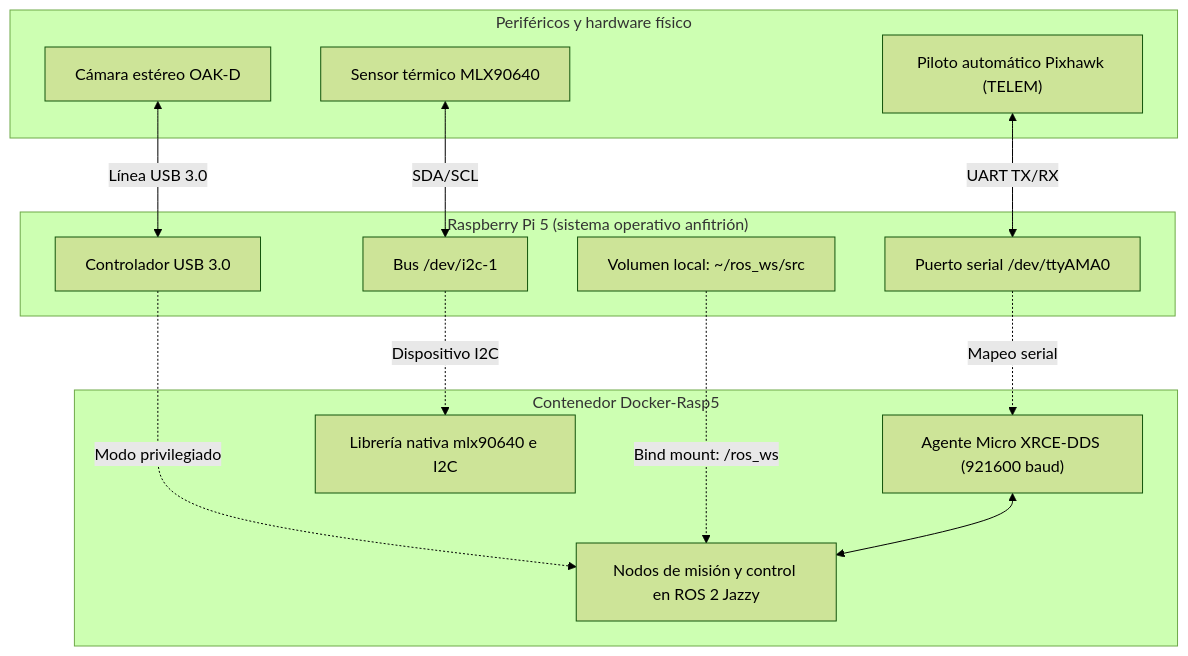
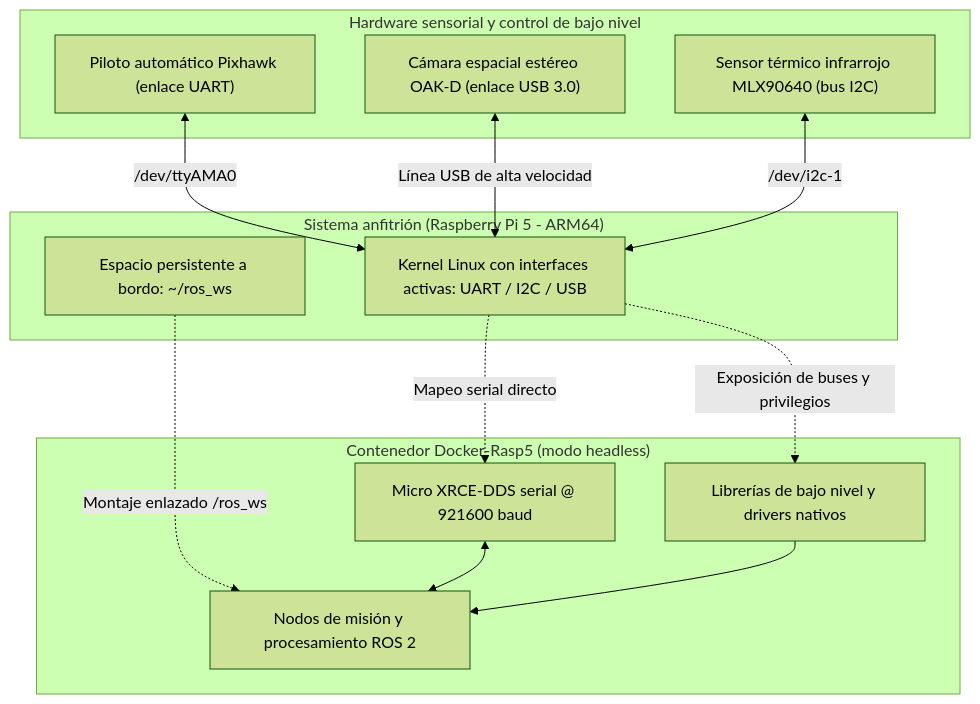
One commit to Dronkab-UNAQ/dronkab-docs changed the diagram in docs/onboarding/docker/entorno_docker_dron.md. Above: the diagram before and after it, drawn with Mermaid (forest theme). The commit also changed other lines of this file, not shown here.

First line of the commit message:
feat(docs): update documentation for Docker-Rasp5 environment

````diff
--- a/docs/onboarding/docker/entorno_docker_dron.md
+++ b/docs/onboarding/docker/entorno_docker_dron.md
@@ -5,31 +7,30 @@
 ```mermaid
 graph TD
-    subgraph Hardware["Periféricos y hardware físico"]
-        Pixhawk["Piloto automático Pixhawk (TELEM)"]
-        Thermal["Sensor térmico MLX90640"]
-        Oak["Cámara estéreo OAK-D"]
+    subgraph Sensores["Hardware sensorial y control de bajo nivel"]
+        FMU["Piloto automático Pixhawk (enlace UART)"]
+        CamEst["Cámara espacial estéreo OAK-D (enlace USB 3.0)"]
+        Termico["Sensor térmico infrarrojo MLX90640 (bus I2C)"]
     end
 
-    subgraph HostRPi["Raspberry Pi 5 (sistema operativo anfitrión)"]
-        UART_Dev["Puerto serial /dev/ttyAMA0"]
-        I2C_Dev["Bus /dev/i2c-1"]
-        USB_Dev["Controlador USB 3.0"]
-        WS_Host["Volumen local: ~/ros_ws/src"]
+    subgraph HostRPi["Sistema anfitrión (Raspberry Pi 5 - ARM64)"]
+        Kernel["Kernel Linux con interfaces activas: UART / I2C / USB"]
+        WS_Host["Espacio persistente a bordo: ~/ros_ws"]
     end
 
-    subgraph ContainerRPi["Contenedor Docker-Rasp5"]
-        XRCE["Agente Micro XRCE-DDS (921600 baud)"]
-        Drivers["Librería nativa mlx90640 e I2C"]
-        ROS_Nodes["Nodos de misión y control en ROS 2 Jazzy"]
+    subgraph Contenedor["Contenedor Docker-Rasp5 (modo headless)"]
+        BridgeUART["Micro XRCE-DDS serial @ 921600 baud"]
+        DriverSensors["Librerías de bajo nivel y drivers nativos"]
+        MisionNode["Nodos de misión y procesamiento ROS 2"]
     end
 
-    Pixhawk <-->|UART TX/RX| UART_Dev
-    Thermal <-->|SDA/SCL| I2C_Dev
-    Oak <-->|Línea USB 3.0| USB_Dev
+    FMU <-->|/dev/ttyAMA0| Kernel
+    CamEst <-->|Línea USB de alta velocidad| Kernel
+    Termico <-->|/dev/i2c-1| Kernel
 
-    UART_Dev -.->|Mapeo serial| XRCE
-    I2C_Dev -.->|Dispositivo I2C| Drivers
-    USB_Dev -.->|Modo privilegiado| ROS_Nodes
-    WS_Host -.->|Bind mount: /ros_ws| ROS_Nodes
-    XRCE <--> ROS_Nodes
+    Kernel -.->|Exposición de buses y privilegios| DriverSensors
+    Kernel -.->|Mapeo serial directo| BridgeUART
+    WS_Host -.->|Montaje enlazado /ros_ws| MisionNode
+
+    BridgeUART <--> MisionNode
+    DriverSensors --> MisionNode
 ```
````
